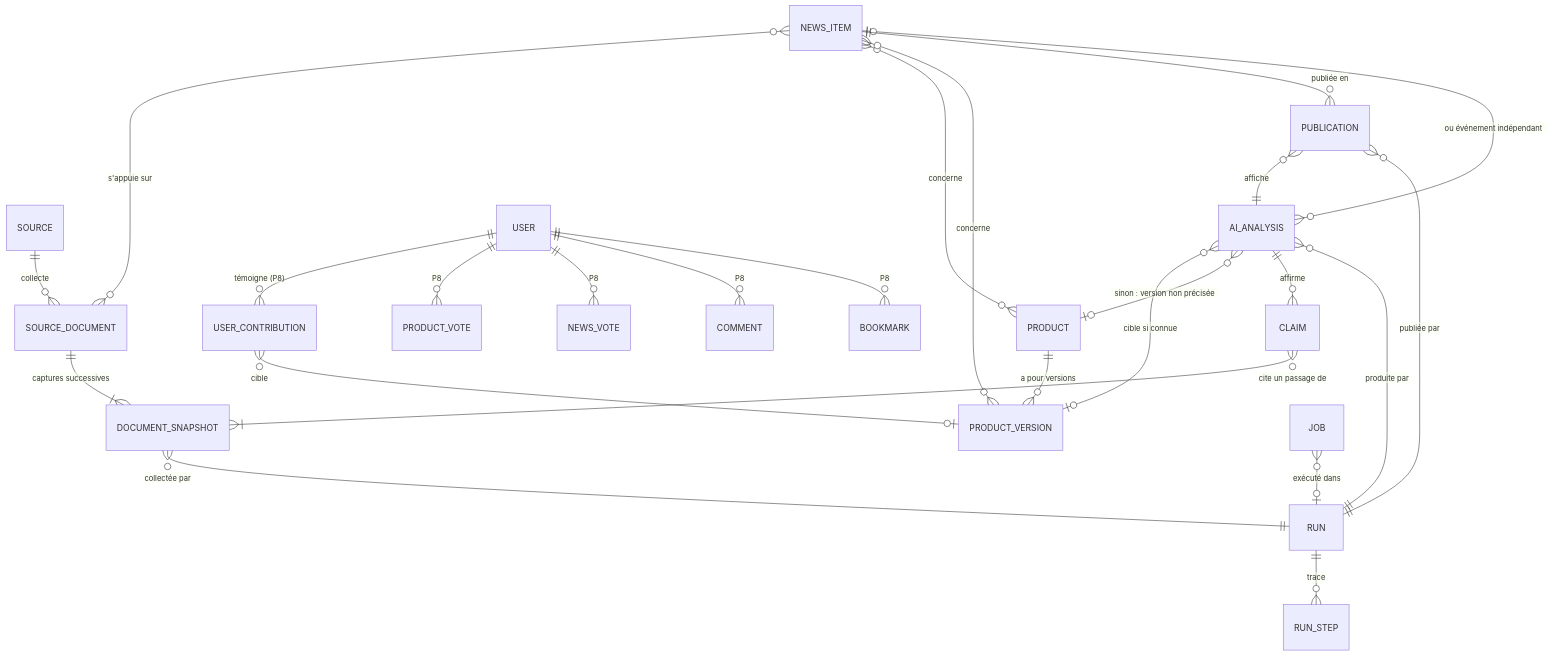
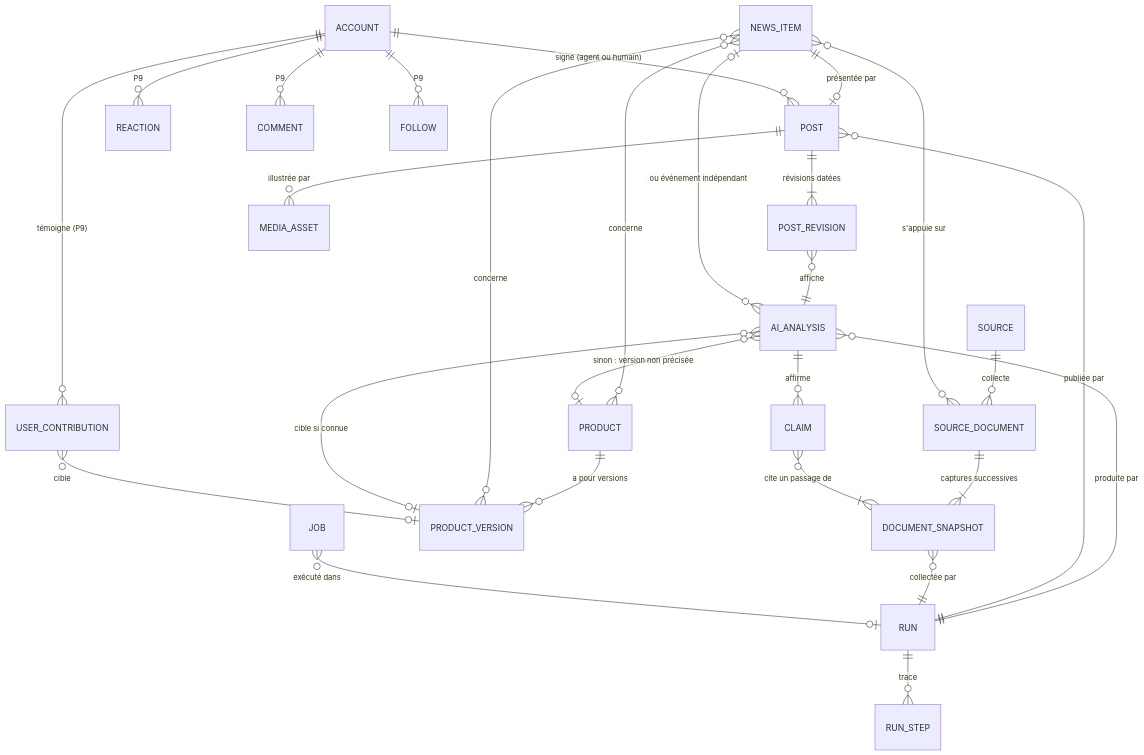
The second of 2 diagrams in communication/COMPRENDRE_LE_PROJET.md (Aloncoh/curation-ia), drawn with Mermaid before and after one commit. The commit also changed other lines of this file and 49 other files, not shown here.

````diff
--- a/communication/COMPRENDRE_LE_PROJET.md
+++ b/communication/COMPRENDRE_LE_PROJET.md
@@ -174,27 +212,29 @@
 ```mermaid
 erDiagram
   SOURCE ||--o{ SOURCE_DOCUMENT : collecte
   SOURCE_DOCUMENT ||--|{ DOCUMENT_SNAPSHOT : "captures successives"
   NEWS_ITEM }o--o{ SOURCE_DOCUMENT : "s'appuie sur"
   PRODUCT ||--o{ PRODUCT_VERSION : "a pour versions"
   NEWS_ITEM }o--o{ PRODUCT : concerne
   NEWS_ITEM }o--o{ PRODUCT_VERSION : concerne
   AI_ANALYSIS }o--o| PRODUCT_VERSION : "cible si connue"
   AI_ANALYSIS }o--o| PRODUCT : "sinon : version non précisée"
   AI_ANALYSIS }o--o| NEWS_ITEM : "ou événement indépendant"
   AI_ANALYSIS ||--o{ CLAIM : affirme
   CLAIM }o--|{ DOCUMENT_SNAPSHOT : "cite un passage de"
-  NEWS_ITEM ||--o{ PUBLICATION : "publiée en"
-  PUBLICATION }o--|| AI_ANALYSIS : affiche
+  NEWS_ITEM ||--o| POST : "présentée par"
+  ACCOUNT ||--o{ POST : "signe (agent ou humain)"
+  POST ||--|{ POST_REVISION : "révisions datées"
+  POST_REVISION }o--|| AI_ANALYSIS : affiche
+  POST ||--o{ MEDIA_ASSET : "illustrée par"
   AI_ANALYSIS }o--|| RUN : "produite par"
-  PUBLICATION }o--|| RUN : "publiée par"
+  POST }o--|| RUN : "publiée par"
   DOCUMENT_SNAPSHOT }o--|| RUN : "collectée par"
   RUN ||--o{ RUN_STEP : trace
   JOB }o--o| RUN : "exécuté dans"
-  USER ||--o{ USER_CONTRIBUTION : "témoigne (P8)"
+  ACCOUNT ||--o{ USER_CONTRIBUTION : "témoigne (P9)"
   USER_CONTRIBUTION }o--o| PRODUCT_VERSION : cible
-  USER ||--o{ PRODUCT_VOTE : "P8"
-  USER ||--o{ NEWS_VOTE : "P8"
-  USER ||--o{ COMMENT : "P8"
-  USER ||--o{ BOOKMARK : "P8"
+  ACCOUNT ||--o{ REACTION : "P9"
+  ACCOUNT ||--o{ COMMENT : "P9"
+  ACCOUNT ||--o{ FOLLOW : "P9"
 ```
````
